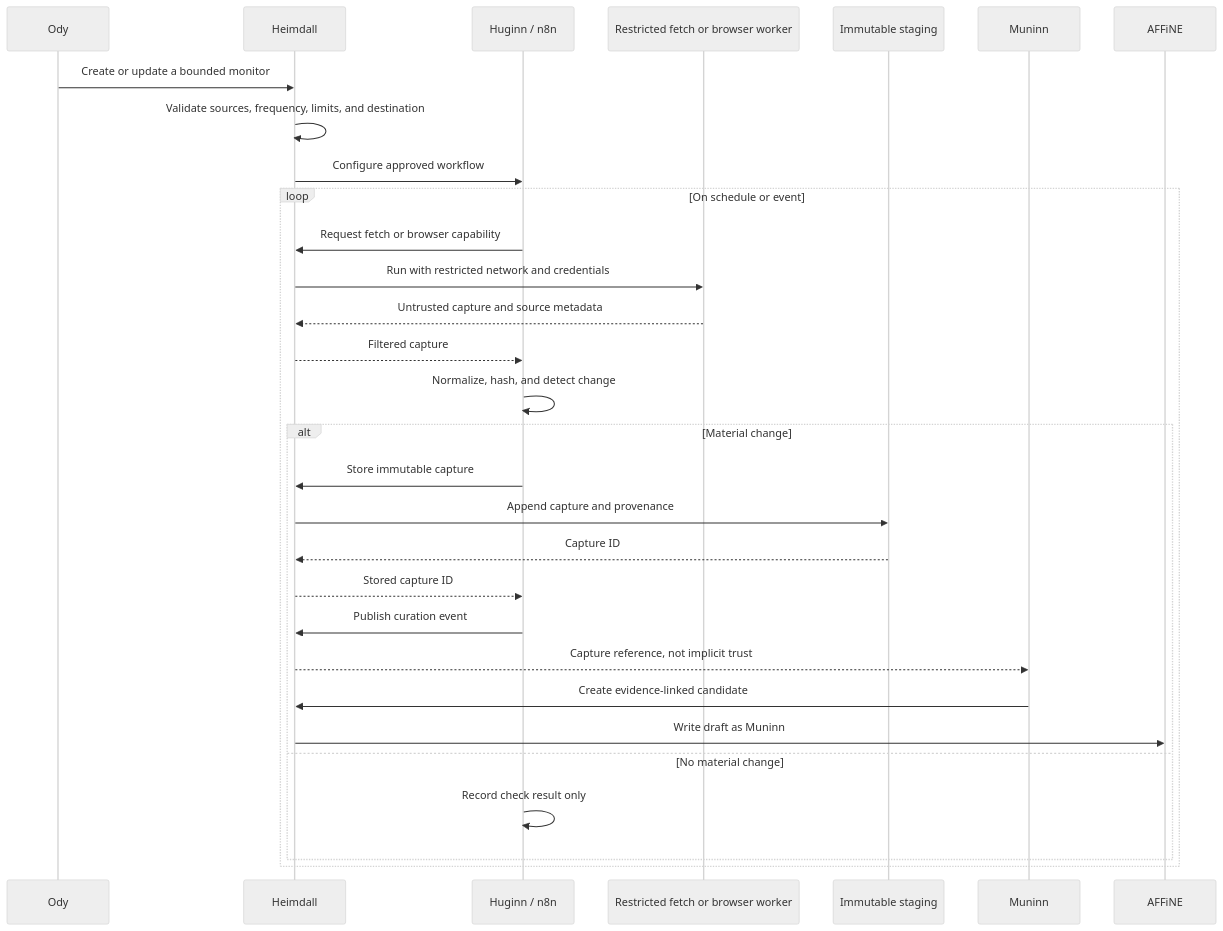
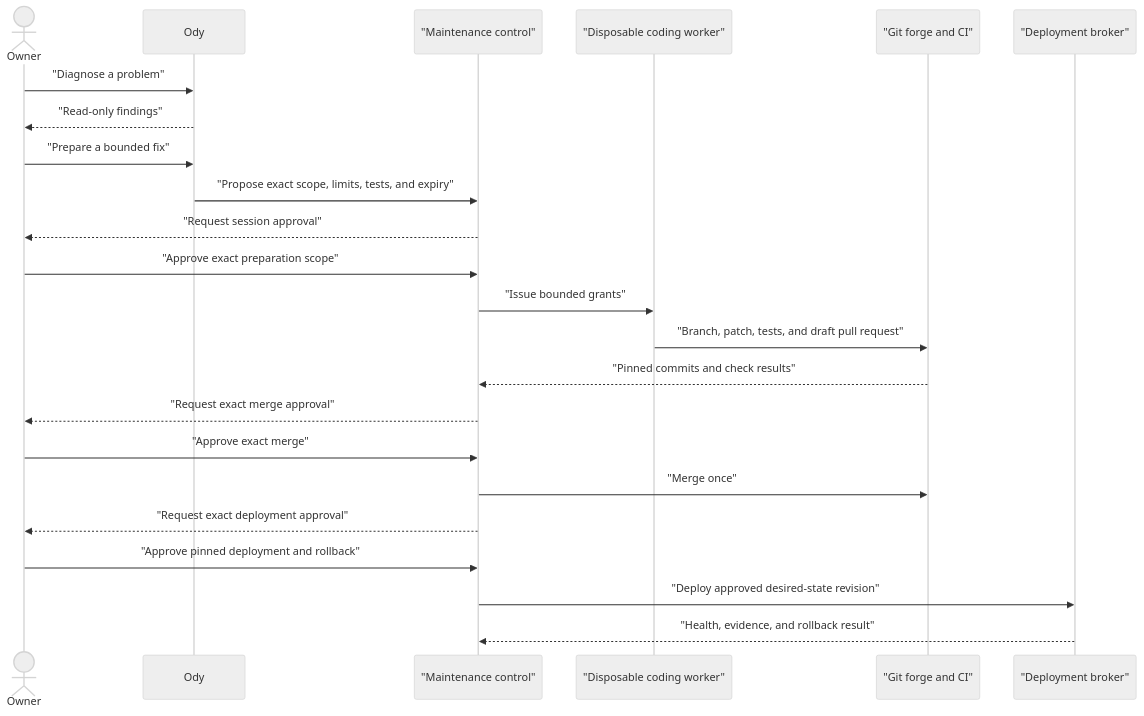
One commit to wan0net/asgard changed the sixth of 7 diagrams in docs/data-flows.md. Above: the diagram before and after it, drawn with Mermaid (neutral theme). The commit also changed other lines of this file and 4 other files, not shown here.

Commit message:
Simplify architecture flows and approvals

````diff
--- a/docs/data-flows.md
+++ b/docs/data-flows.md
@@ -448,33 +181,26 @@
 ```mermaid
 sequenceDiagram
-    participant O as Ody
-    participant H as Heimdall
-    participant N as Huginn / n8n
-    participant W as Restricted fetch or browser worker
-    participant S as Immutable staging
-    participant M as Muninn
-    participant A as AFFiNE
+    actor Owner
+    participant Ody
+    participant Control as "Maintenance control"
+    participant Worker as "Disposable coding worker"
+    participant Git as "Git forge and CI"
+    participant Deploy as "Deployment broker"
 
-    O->>H: Create or update a bounded monitor
-    H->>H: Validate sources, frequency, limits, and destination
-    H->>N: Configure approved workflow
-    loop On schedule or event
-        N->>H: Request fetch or browser capability
-        H->>W: Run with restricted network and credentials
-        W-->>H: Untrusted capture and source metadata
-        H-->>N: Filtered capture
-        N->>N: Normalize, hash, and detect change
-        alt Material change
-            N->>H: Store immutable capture
-            H->>S: Append capture and provenance
-            S-->>H: Capture ID
-            H-->>N: Stored capture ID
-            N->>H: Publish curation event
-            H-->>M: Capture reference, not implicit trust
-            M->>H: Create evidence-linked candidate
-            H->>A: Write draft as Muninn
-        else No material change
-            N->>N: Record check result only
-        end
-    end
+    Owner->>Ody: "Diagnose a problem"
+    Ody-->>Owner: "Read-only findings"
+    Owner->>Ody: "Prepare a bounded fix"
+    Ody->>Control: "Propose exact scope, limits, tests, and expiry"
+    Control-->>Owner: "Request session approval"
+    Owner->>Control: "Approve exact preparation scope"
+    Control->>Worker: "Issue bounded grants"
+    Worker->>Git: "Branch, patch, tests, and draft pull request"
+    Git-->>Control: "Pinned commits and check results"
+    Control-->>Owner: "Request exact merge approval"
+    Owner->>Control: "Approve exact merge"
+    Control->>Git: "Merge once"
+    Control-->>Owner: "Request exact deployment approval"
+    Owner->>Control: "Approve pinned deployment and rollback"
+    Control->>Deploy: "Deploy approved desired-state revision"
+    Deploy-->>Control: "Health, evidence, and rollback result"
 ```
````
